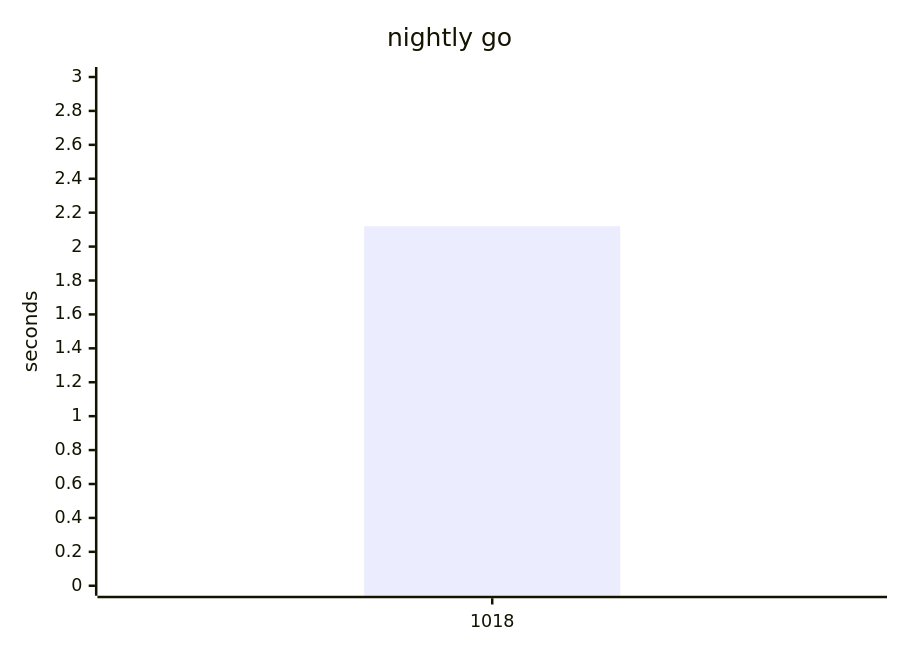
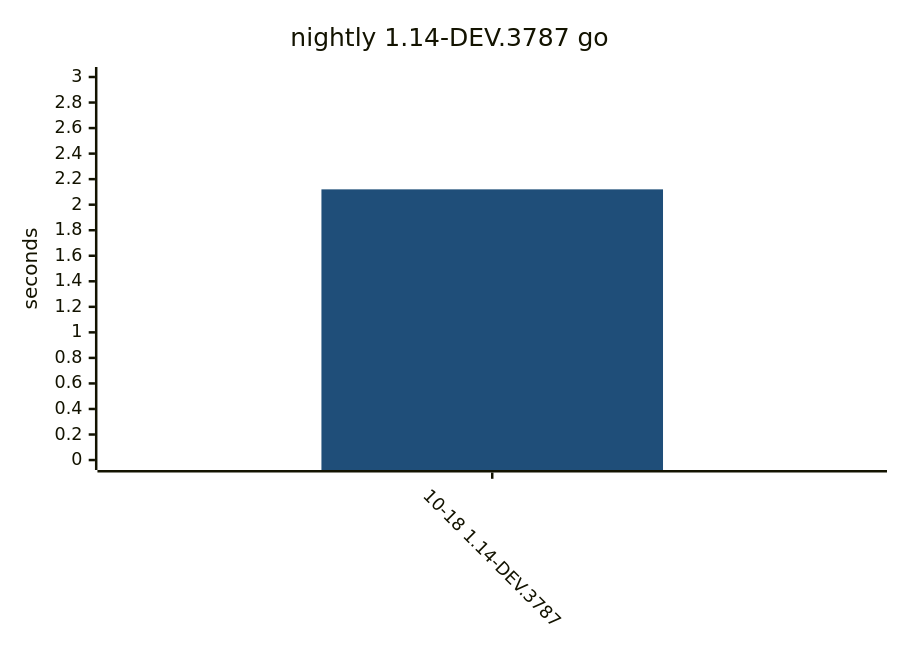
One commit to yamanori99/DistSSHKit.jl changed diagram 11 of 12 in README.md. Above: the diagram before and after it, drawn with Mermaid. The commit also changed other lines of this file and 1 other file, not shown here.

Commit message:
Record compile bench for 1.14-nightly.

````diff
--- a/README.md
+++ b/README.md
@@ -269,7 +369,17 @@
 ```mermaid
+---
+config:
+  theme: base
+  themeVariables:
+    xyChart:
+      plotColorPalette: "#1f4e79"
+  xyChart:
+    xAxis:
+      labelRotation: 45
+---
 xychart-beta
-    title "nightly go"
-    x-axis ["1018"]
+    title "nightly 1.14-DEV.3787 go"
+    x-axis ["10-18 1.14-DEV.3787"]
     y-axis "seconds" 0 --> 3
     bar [2.12]
 ```
````
